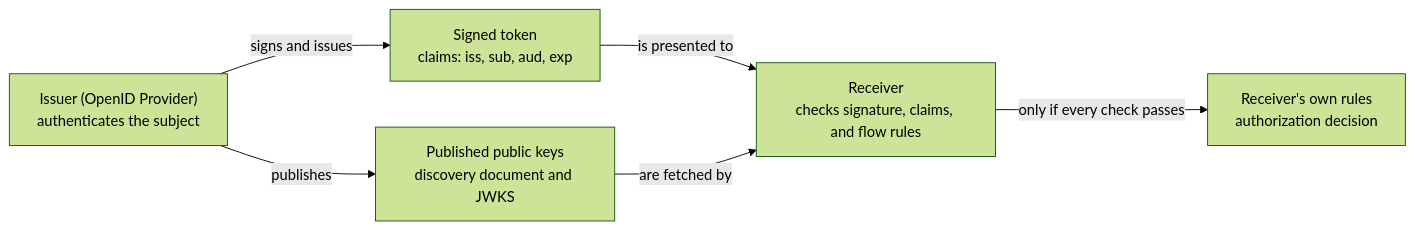
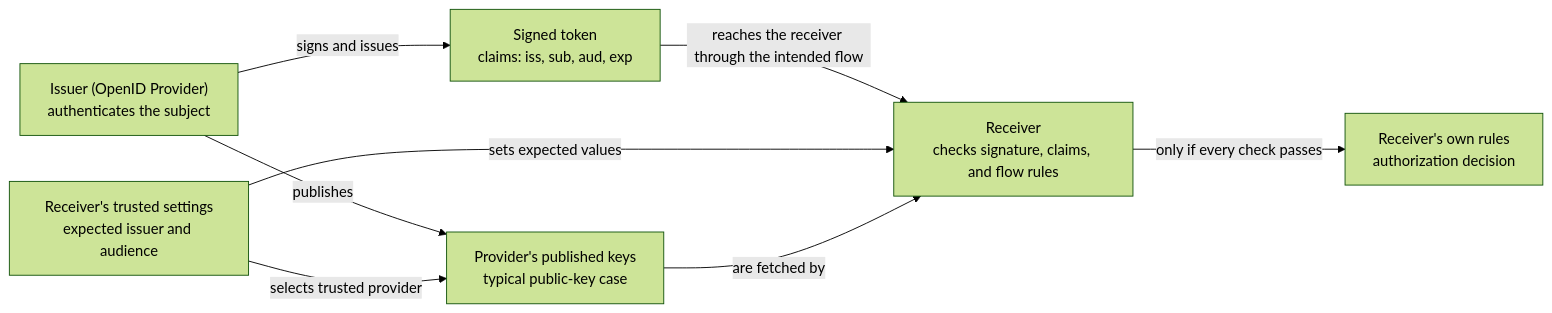
Before and after one commit to David-A18/MY-humble-knowledge-for-everyone: the first of 2 diagrams in knowledge/security/identity-federation/oidc-fundamentals.md, drawn with Mermaid (forest theme). The commit also changed other lines of this file and 5 other files, not shown here.

````diff
--- a/knowledge/security/identity-federation/oidc-fundamentals.md
+++ b/knowledge/security/identity-federation/oidc-fundamentals.md
@@ -129,13 +141,16 @@
 ```mermaid
 flowchart LR
   issuer["Issuer (OpenID Provider)<br/>authenticates the subject"]
-  keys["Published public keys<br/>discovery document and JWKS"]
+  config["Receiver's trusted settings<br/>expected issuer and audience"]
+  keys["Provider's published keys<br/>typical public-key case"]
   token["Signed token<br/>claims: iss, sub, aud, exp"]
   receiver["Receiver<br/>checks signature, claims, and flow rules"]
   policy["Receiver's own rules<br/>authorization decision"]
   issuer -- "signs and issues" --> token
   issuer -- "publishes" --> keys
-  token -- "is presented to" --> receiver
+  token -- "reaches the receiver through the intended flow" --> receiver
+  config -- "sets expected values" --> receiver
+  config -- "selects trusted provider" --> keys
   keys -- "are fetched by" --> receiver
   receiver -- "only if every check passes" --> policy
 ```
````
